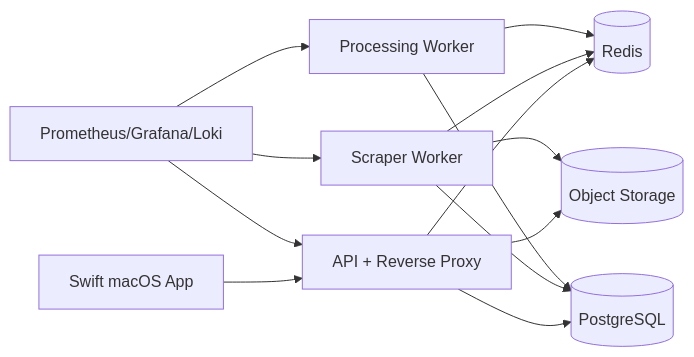
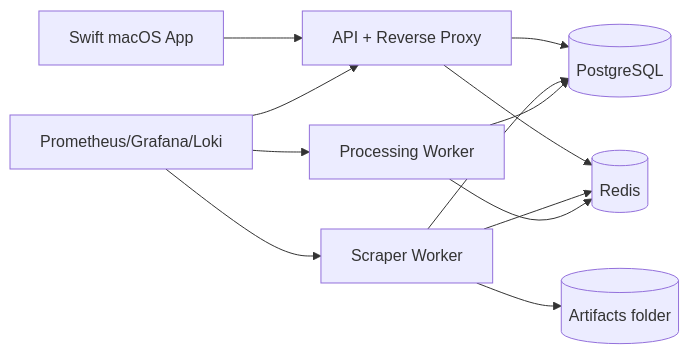
The diagram in docs/infra.md (salexandr0s/real-estate-intelligence-engine), drawn with Mermaid before and after one commit. The commit also changed other lines of this file and 1 other file, not shown here.

First line of the commit message:
docs: describe the artifacts folder that replaced object storage

````diff
--- a/docs/infra.md
+++ b/docs/infra.md
@@ -336,15 +336,14 @@
 ```mermaid
 flowchart LR
   APP[Swift macOS App] --> API[API + Reverse Proxy]
   API --> PG[(PostgreSQL)]
   API --> REDIS[(Redis)]
-  API --> MINIO[(Object Storage)]
   SCRAPER[Scraper Worker] --> REDIS
   SCRAPER --> PG
-  SCRAPER --> MINIO
+  SCRAPER --> ART[(Artifacts folder)]
   PROCESS[Processing Worker] --> REDIS
   PROCESS --> PG
   OBS[Prometheus/Grafana/Loki] --> API
   OBS --> SCRAPER
   OBS --> PROCESS
 ```
````
